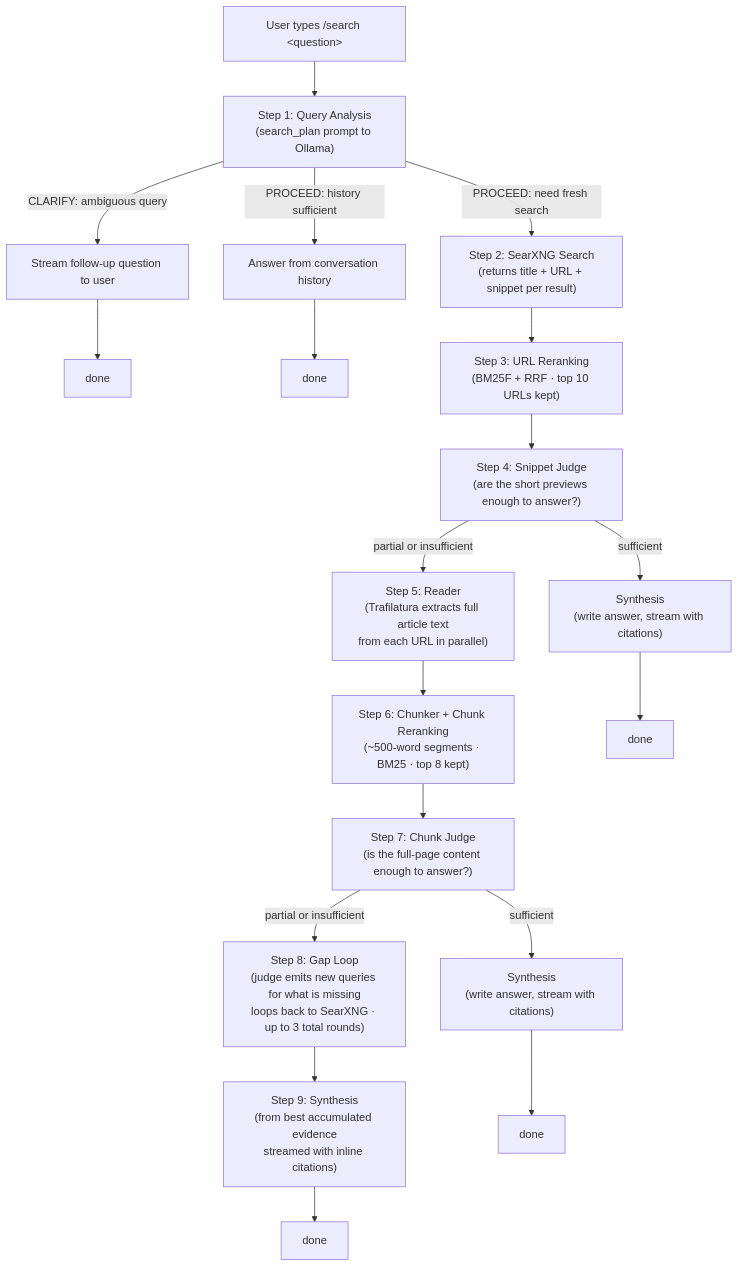
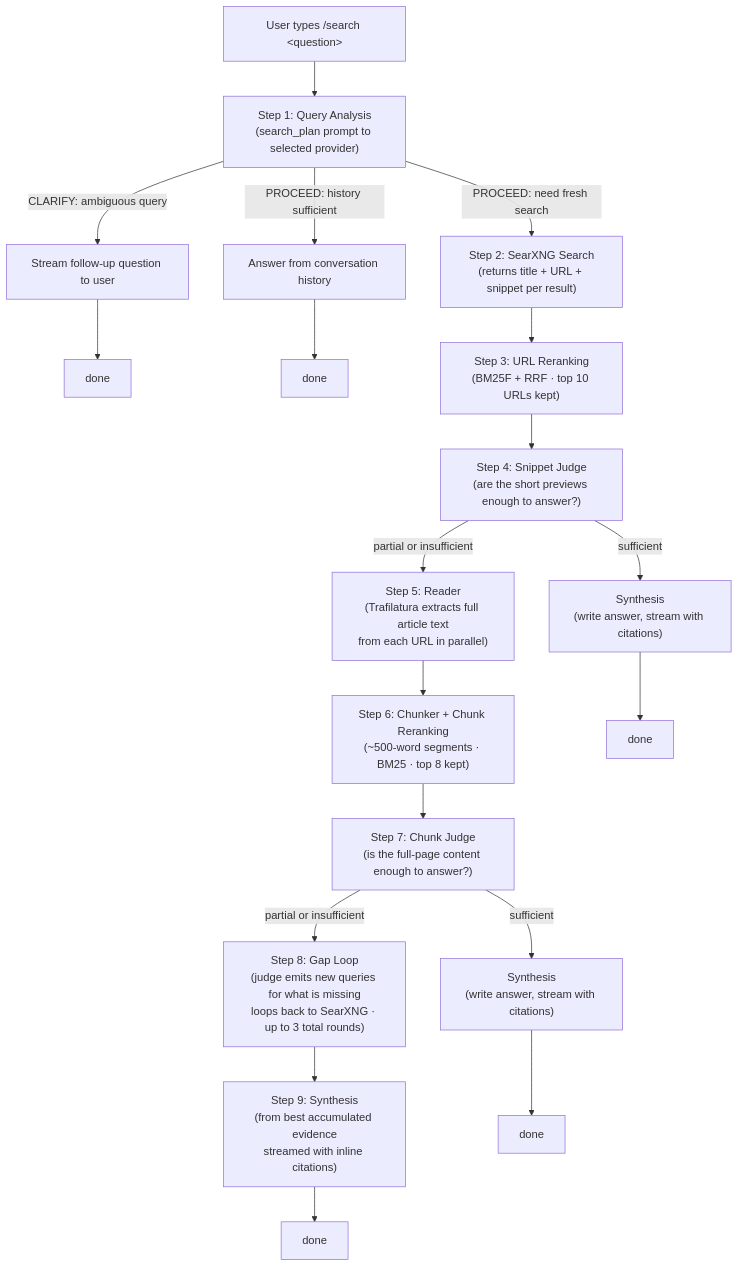
The diagram in docs/agentic-search.md (vindepemarte/study-buddy-pro), drawn with Mermaid before and after one commit. The commit also changed other lines of this file and 17 other files, not shown here.

````diff
--- a/docs/agentic-search.md
+++ b/docs/agentic-search.md
@@ -146,21 +146,21 @@
 ```mermaid
 flowchart TD
-    A["User types /search &lt;question&gt;"] --> B["Step 1: Query Analysis<br>(search_plan prompt to Ollama)"]
+    A["User types /search &lt;question&gt;"] --> B["Step 1: Query Analysis<br>(search_plan prompt to selected provider)"]
     B -->|"CLARIFY: ambiguous query"| C["Stream follow-up question to user"]
     B -->|"PROCEED: history sufficient"| D["Answer from conversation history"]
     B -->|"PROCEED: need fresh search"| E["Step 2: SearXNG Search<br>(returns title + URL + snippet per result)"]
     C --> Z1[done]
     D --> Z2[done]
     E --> F["Step 3: URL Reranking<br>(BM25F + RRF · top 10 URLs kept)"]
     F --> G["Step 4: Snippet Judge<br>(are the short previews enough to answer?)"]
     G -->|sufficient| S1["Synthesis<br>(write answer, stream with citations)"]
     G -->|"partial or insufficient"| H["Step 5: Reader<br>(Trafilatura extracts full article text<br>from each URL in parallel)"]
     H --> I["Step 6: Chunker + Chunk Reranking<br>(~500-word segments · BM25 · top 8 kept)"]
     I --> J["Step 7: Chunk Judge<br>(is the full-page content enough to answer?)"]
     J -->|sufficient| S2["Synthesis<br>(write answer, stream with citations)"]
     J -->|"partial or insufficient"| K["Step 8: Gap Loop<br>(judge emits new queries for what is missing<br>loops back to SearXNG · up to 3 total rounds)"]
     K --> L["Step 9: Synthesis<br>(from best accumulated evidence<br>streamed with inline citations)"]
     S1 --> Z3[done]
     S2 --> Z4[done]
     L --> Z5[done]
 ```
````
